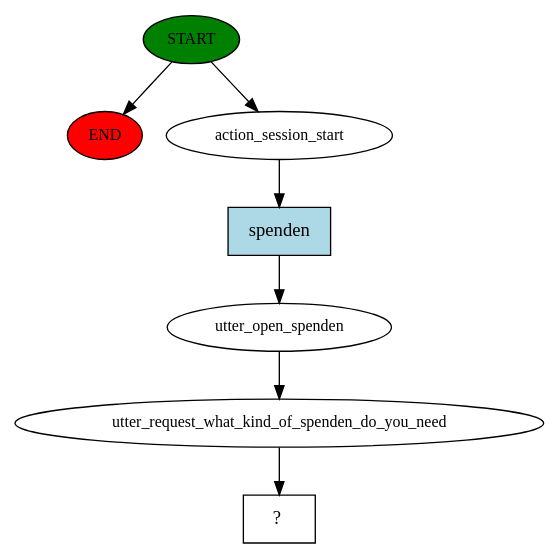
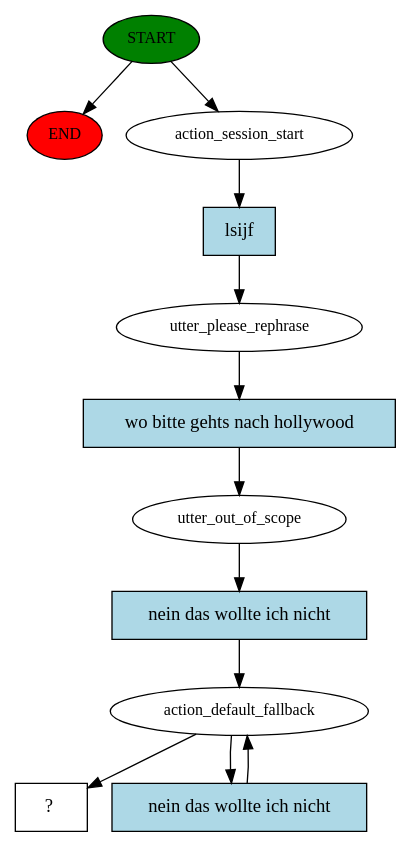
The diagram in story_graph.dot (Schlaue-Lise-IT-Project/schlaue-lise), drawn with Graphviz before and after one commit. The commit also changed 6 other files, not shown here.

```diff
--- a/story_graph.dot
+++ b/story_graph.dot
@@ -1,15 +1,24 @@
 digraph  {
 0 [class="start active", fillcolor=green, fontsize=12, label=START, style=filled];
 "-1" [class=end, fillcolor=red, fontsize=12, label=END, style=filled];
 1 [class=active, fontsize=12, label=action_session_start];
-2 [class=active, fontsize=12, label=utter_open_spenden];
-3 [class=active, fontsize=12, label=utter_request_what_kind_of_spenden_do_you_need];
-4 [class="intent dashed active", label="  ?  ", shape=rect];
-5 [class="intent active", fillcolor=lightblue, label=spenden, shape=rect, style=filled];
+2 [class=active, fontsize=12, label=utter_please_rephrase];
+3 [class=active, fontsize=12, label=utter_out_of_scope];
+4 [class=active, fontsize=12, label=action_default_fallback];
+6 [class="intent dashed active", label="  ?  ", shape=rect];
+7 [class="intent active", fillcolor=lightblue, label=lsijf, shape=rect, style=filled];
+8 [class="intent active", fillcolor=lightblue, label="wo bitte gehts nach hollywood", shape=rect, style=filled];
+9 [class="intent active", fillcolor=lightblue, label="nein das wollte ich nicht", shape=rect, style=filled];
+10 [class="intent active", fillcolor=lightblue, label="nein das wollte ich nicht", shape=rect, style=filled];
 0 -> "-1"  [class="", key=NONE, label=""];
 0 -> 1  [class=active, key=NONE, label=""];
-1 -> 5  [class=active, key=0];
-2 -> 3  [class=active, key=NONE, label=""];
-3 -> 4  [class=active, key=NONE, label=""];
-5 -> 2  [class=active, key=0];
+1 -> 7  [class=active, key=0];
+2 -> 8  [class=active, key=0];
+3 -> 9  [class=active, key=0];
+4 -> 6  [class=active, key=NONE, label=""];
+4 -> 10  [class=active, key=0];
+7 -> 2  [class=active, key=0];
+8 -> 3  [class=active, key=0];
+9 -> 4  [class=active, key=0];
+10 -> 4  [class=active, key=0];
 }
```
